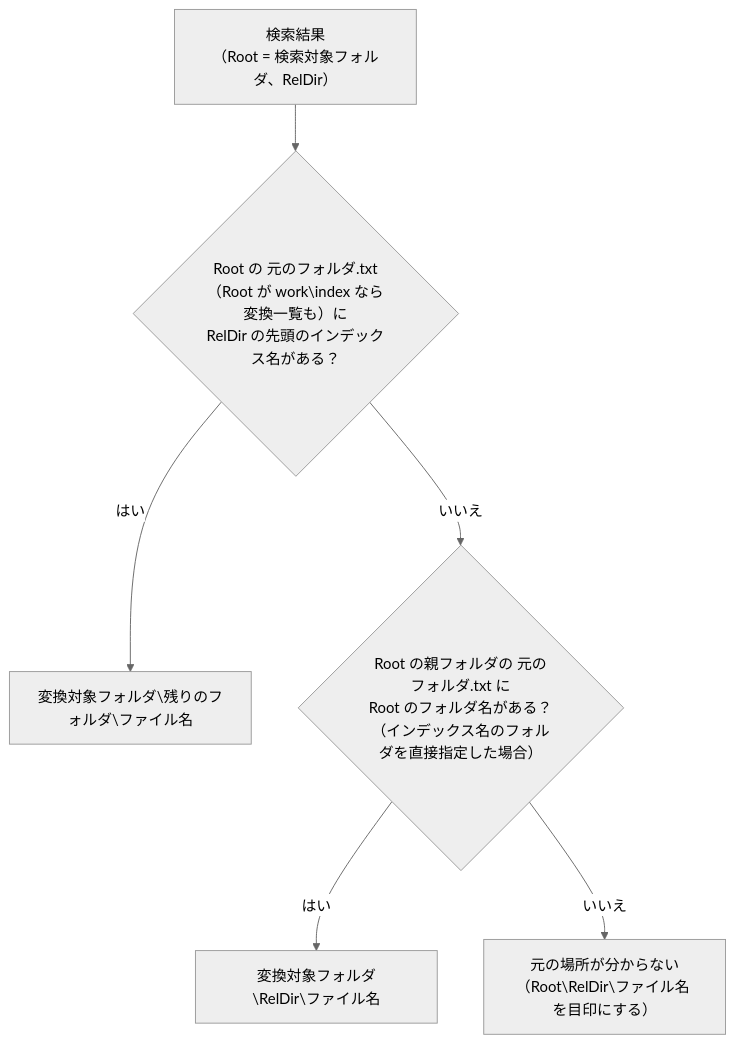
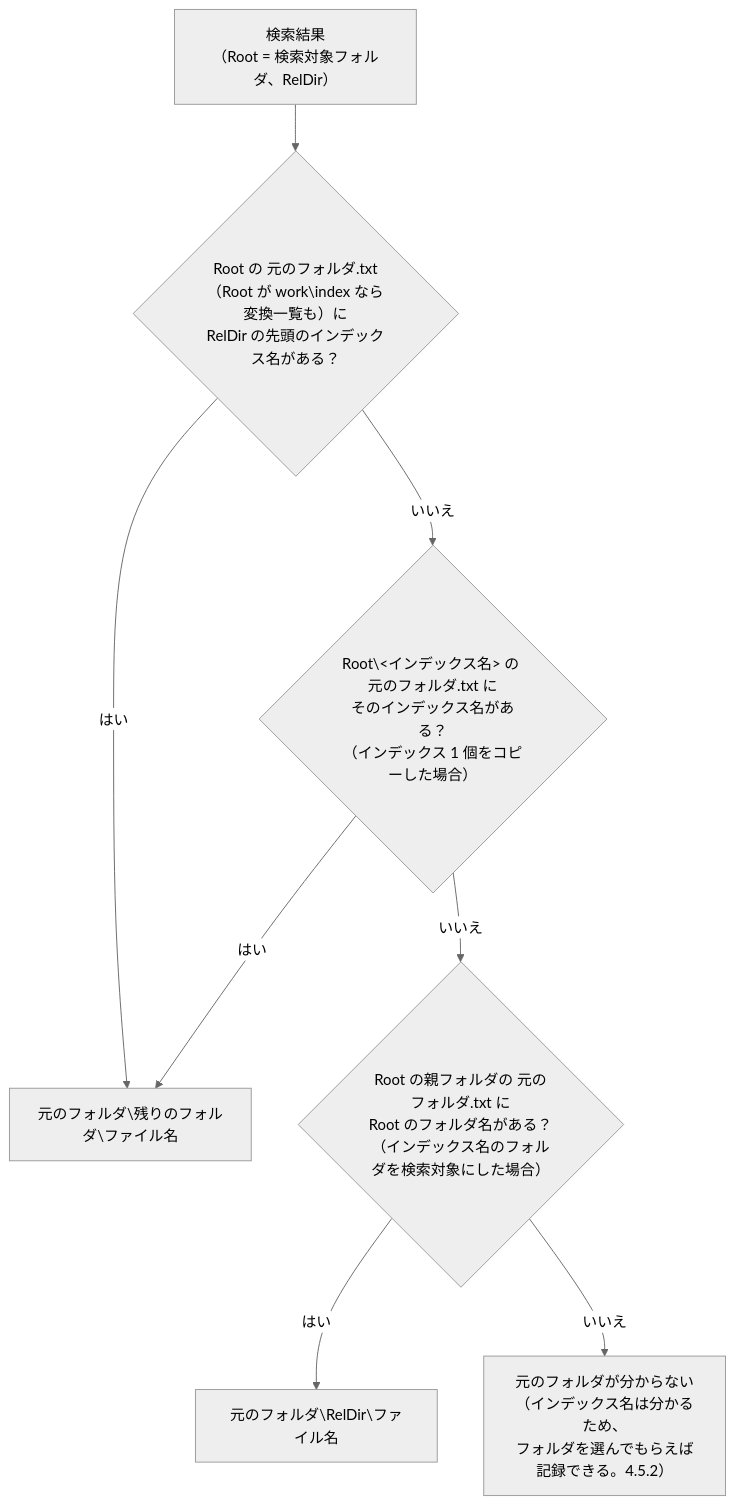
Before and after one commit to hsgwa/tebunko: the first of 2 diagrams in docs/03_画面_2_検索タブ_1_元のファイルを開く.md, drawn with Mermaid (neutral theme). The commit also changed other lines of this file and 27 other files, not shown here.

````diff
--- a/docs/03_画面_2_検索タブ_1_元のファイルを開く.md
+++ b/docs/03_画面_2_検索タブ_1_元のファイルを開く.md
@@ -48,8 +48,10 @@
 ```mermaid
 flowchart TD
     A["検索結果<br>（Root = 検索対象フォルダ、RelDir）"] --> B{"Root の 元のフォルダ.txt<br>（Root が work\index なら変換一覧も）に<br>RelDir の先頭のインデックス名がある？"}
-    B -- はい --> K["変換対象フォルダ\残りのフォルダ\ファイル名"]
-    B -- いいえ --> C{"Root の親フォルダの 元のフォルダ.txt に<br>Root のフォルダ名がある？<br>（インデックス名のフォルダを直接指定した場合）"}
-    C -- はい --> K2["変換対象フォルダ\RelDir\ファイル名"]
-    C -- いいえ --> U["元の場所が分からない<br>（Root\RelDir\ファイル名 を目印にする）"]
+    B -- はい --> K["元のフォルダ\残りのフォルダ\ファイル名"]
+    B -- いいえ --> B2{"Root\#lt;インデックス名#gt; の 元のフォルダ.txt に<br>そのインデックス名がある？<br>（インデックス 1 個をコピーした場合）"}
+    B2 -- はい --> K
+    B2 -- いいえ --> C{"Root の親フォルダの 元のフォルダ.txt に<br>Root のフォルダ名がある？<br>（インデックス名のフォルダを検索対象にした場合）"}
+    C -- はい --> K2["元のフォルダ\RelDir\ファイル名"]
+    C -- いいえ --> U["元のフォルダが分からない<br>（インデックス名は分かるため、<br>フォルダを選んでもらえば記録できる。4.5.2）"]
 ```
````
